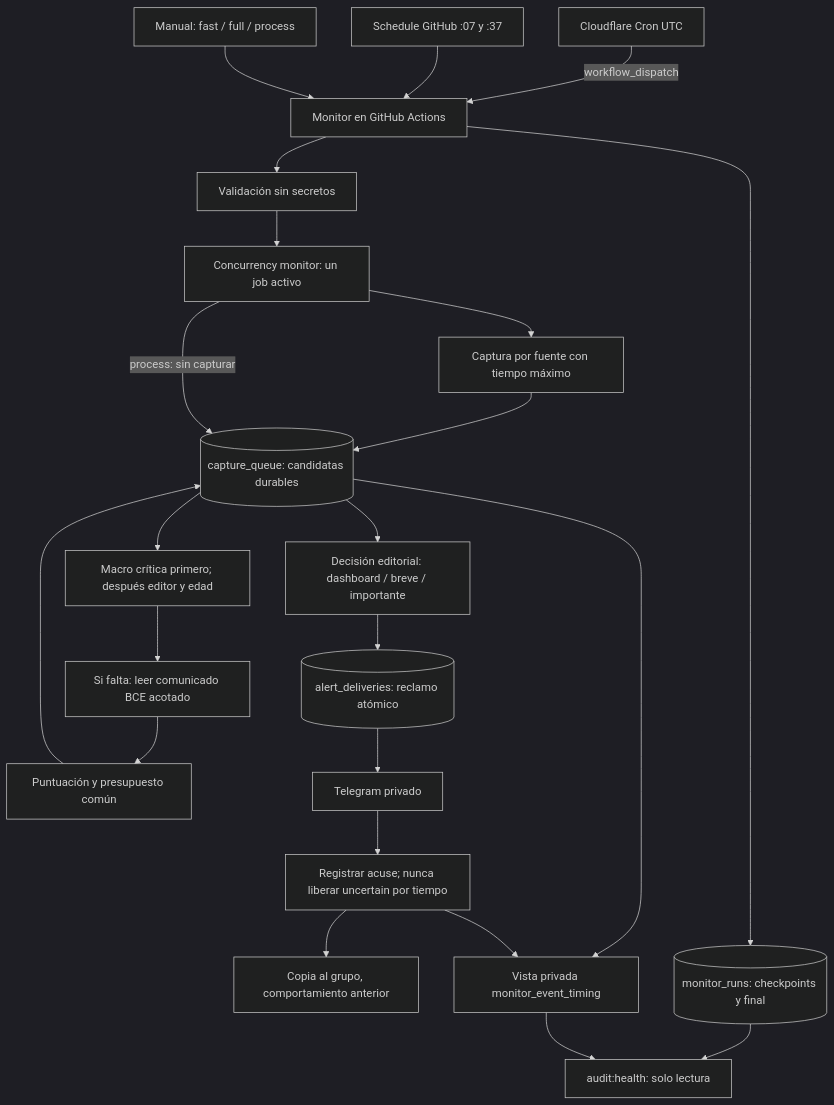
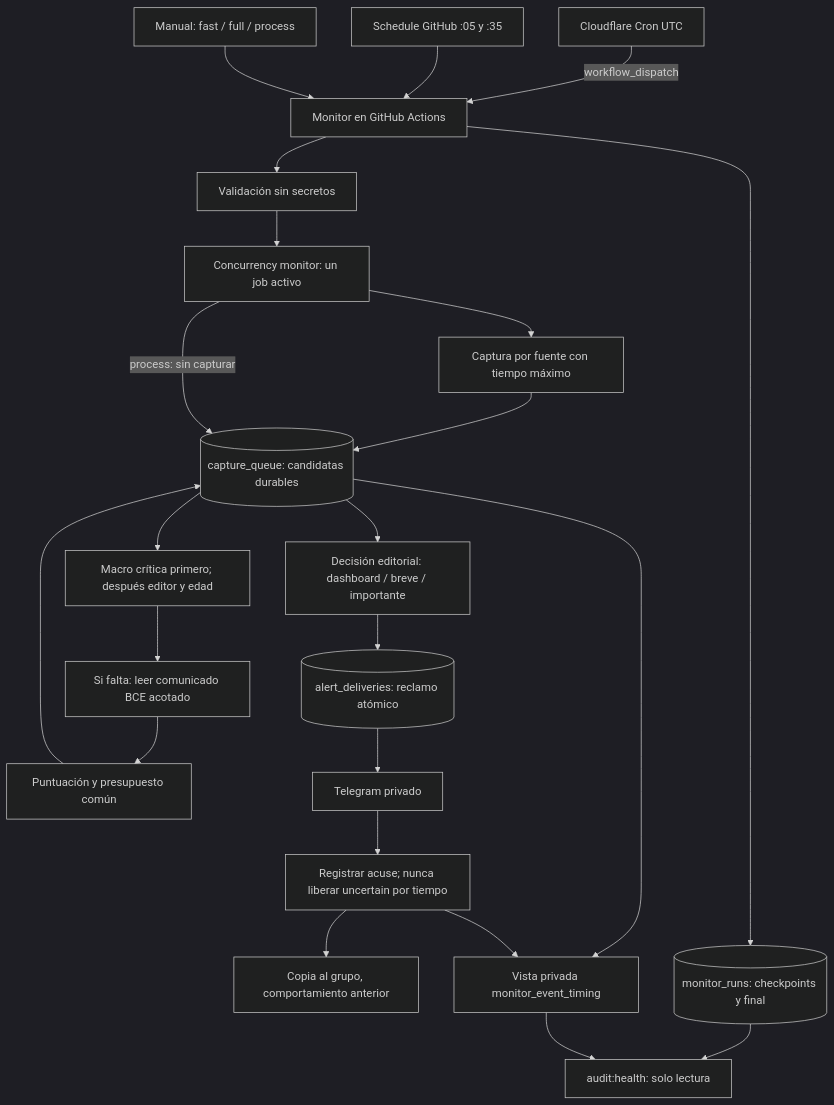
The diagram in docs/cadencia-cloudflare.md (seeorr/news-monitor), drawn with Mermaid (dark theme) before and after one commit. The commit also changed other lines of this file and 5 other files, not shown here.

````diff
--- a/docs/cadencia-cloudflare.md
+++ b/docs/cadencia-cloudflare.md
@@ -22,25 +22,25 @@
 ```mermaid
 flowchart TD
   CF[Cloudflare Cron UTC] -->|workflow_dispatch| GH[Monitor en GitHub Actions]
-  BK[Schedule GitHub :07 y :37] --> GH
+  BK[Schedule GitHub :05 y :35] --> GH
   MAN[Manual: fast / full / process] --> GH
   GH --> V[Validación sin secretos]
   V --> LOCK[Concurrency monitor: un job activo]
   LOCK --> RSS[Captura por fuente con tiempo máximo]
   RSS --> Q[(capture_queue: candidatas durables)]
   LOCK -->|process: sin capturar| Q
   Q --> P[Macro crítica primero; después editor y edad]
   P --> ECB[Si falta: leer comunicado BCE acotado]
   ECB --> AI[Puntuación y presupuesto común]
   AI --> Q
   Q --> D[Decisión editorial: dashboard / breve / importante]
   D --> CLAIM[(alert_deliveries: reclamo atómico)]
   CLAIM --> TG[Telegram privado]
   TG --> ACK[Registrar acuse; nunca liberar uncertain por tiempo]
   ACK --> GROUP[Copia al grupo, comportamiento anterior]
   GH --> RUN[(monitor_runs: checkpoints y final)]
   Q --> TIMING[Vista privada monitor_event_timing]
   ACK --> TIMING
   RUN --> HEALTH[audit:health: solo lectura]
   TIMING --> HEALTH
 ```
````
